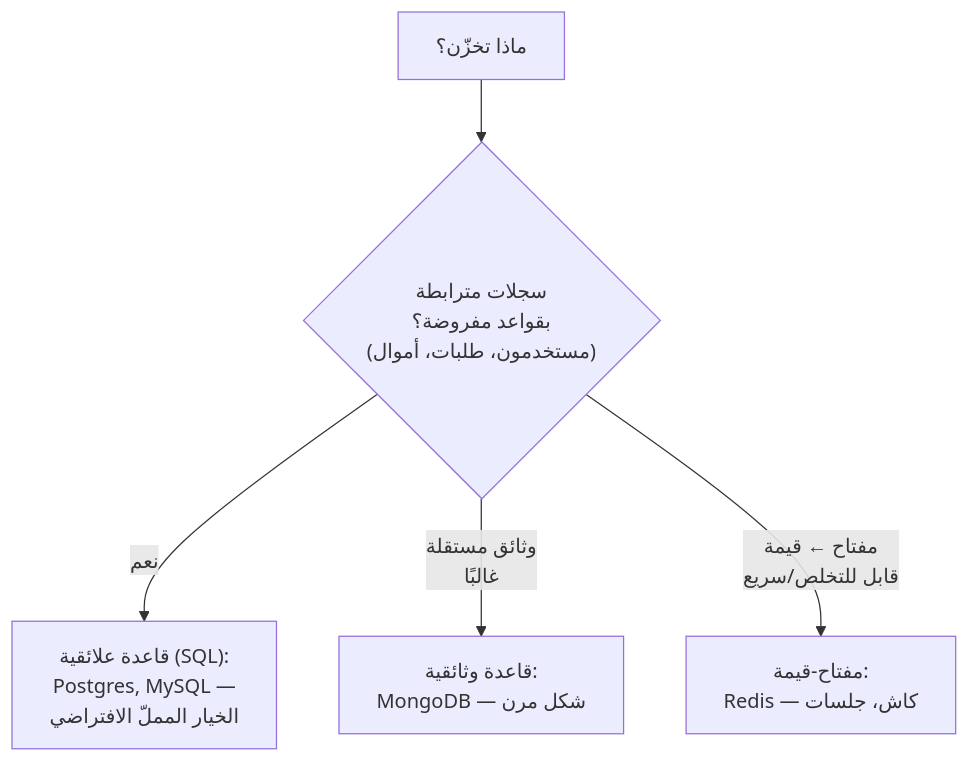
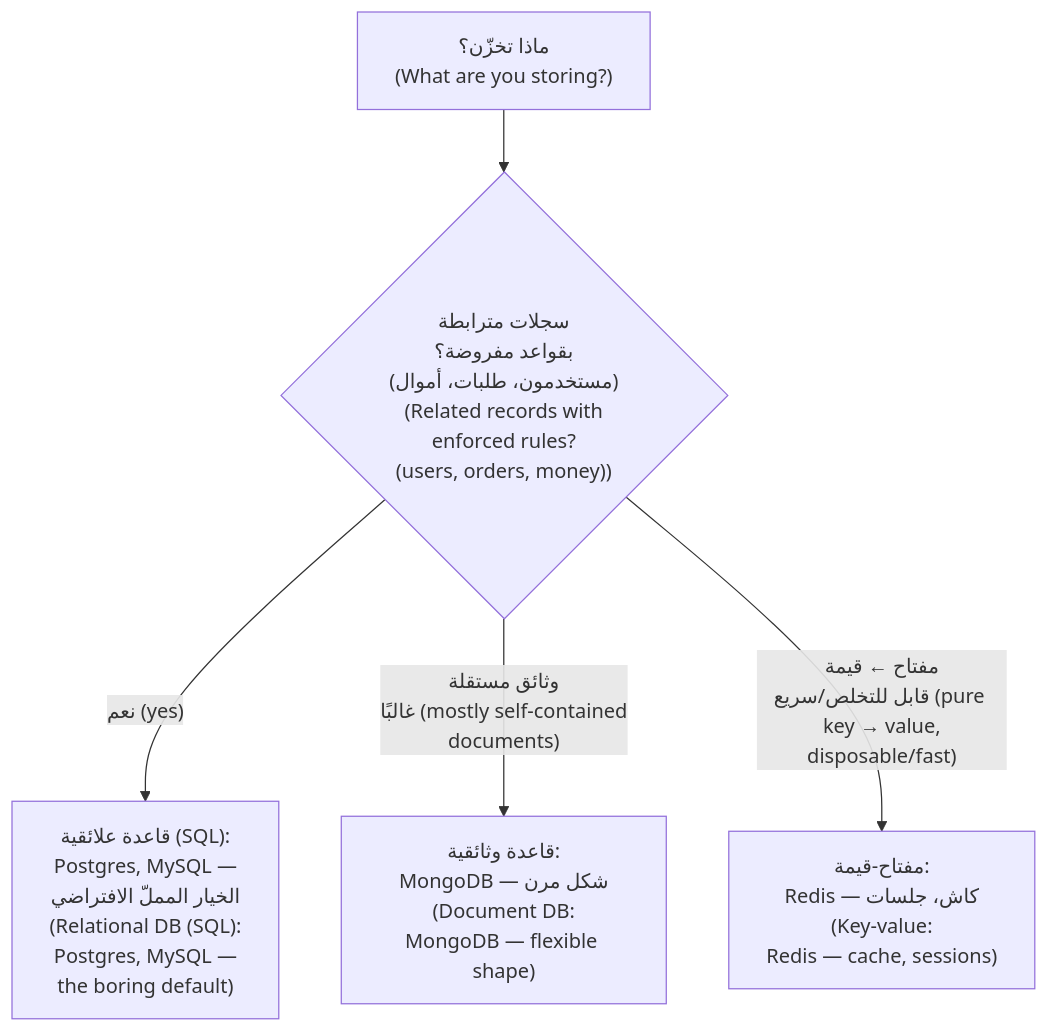
One commit to Tamoura/system-design-for-vibe-coders changed the first of 10 diagrams in modules/02-data-storage-backups/module.ar.md. Above: the diagram before and after it, drawn with Mermaid. The commit also changed other lines of this file and 62 other files, not shown here.

First line of the commit message:
Arabic editions: English on every diagram label, RTL fixes, rebuild

````diff
--- a/modules/02-data-storage-backups/module.ar.md
+++ b/modules/02-data-storage-backups/module.ar.md
@@ -68,7 +68,7 @@
 ```mermaid
 flowchart TD
-    Q["ماذا تخزّن؟"] --> A{"سجلات مترابطة<br/>بقواعد مفروضة؟<br/>(مستخدمون، طلبات، أموال)"}
-    A -->|نعم| SQL["قاعدة علائقية (SQL):<br/>Postgres, MySQL —<br/>الخيار المملّ الافتراضي"]
-    A -->|"وثائق مستقلة<br/>غالبًا"| DOC["قاعدة وثائقية:<br/>MongoDB — شكل مرن"]
-    A -->|"مفتاح ← قيمة<br/>قابل للتخلص/سريع"| KV["مفتاح-قيمة:<br/>Redis — كاش، جلسات"]
+    Q["ماذا تخزّن؟<br/>(What are you storing?)"] --> A{"سجلات مترابطة<br/>بقواعد مفروضة؟<br/>(مستخدمون، طلبات، أموال)<br/>(Related records with<br/>enforced rules?<br/>(users, orders, money))"}
+    A -->|"نعم (yes)"| SQL["قاعدة علائقية (SQL):<br/>Postgres, MySQL —<br/>الخيار المملّ الافتراضي<br/>(Relational DB (SQL):<br/>Postgres, MySQL —<br/>the boring default)"]
+    A -->|"وثائق مستقلة<br/>غالبًا (mostly self-contained<br/>documents)"| DOC["قاعدة وثائقية:<br/>MongoDB — شكل مرن<br/>(Document DB:<br/>MongoDB — flexible shape)"]
+    A -->|"مفتاح ← قيمة<br/>قابل للتخلص/سريع (pure key → value,<br/>disposable/fast)"| KV["مفتاح-قيمة:<br/>Redis — كاش، جلسات<br/>(Key-value:<br/>Redis — cache, sessions)"]
 ```
````
